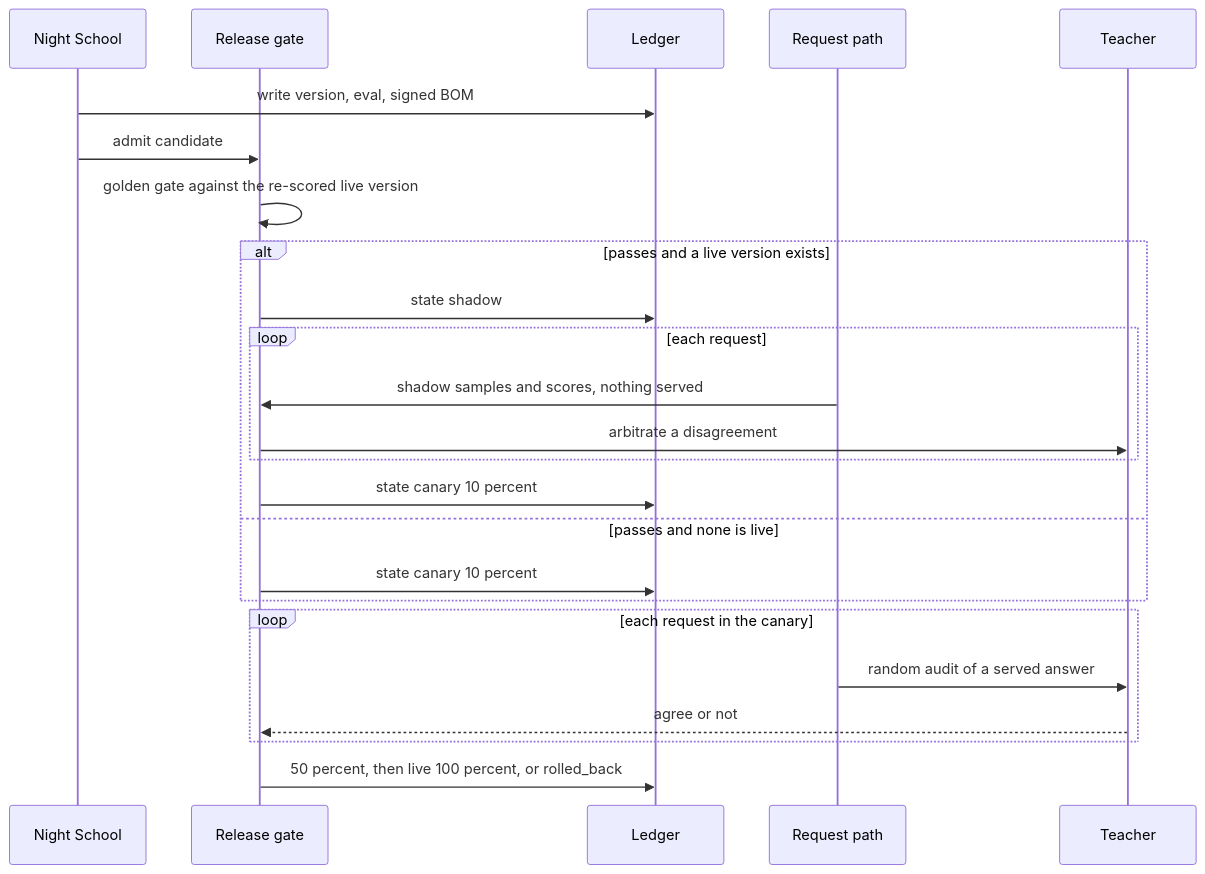
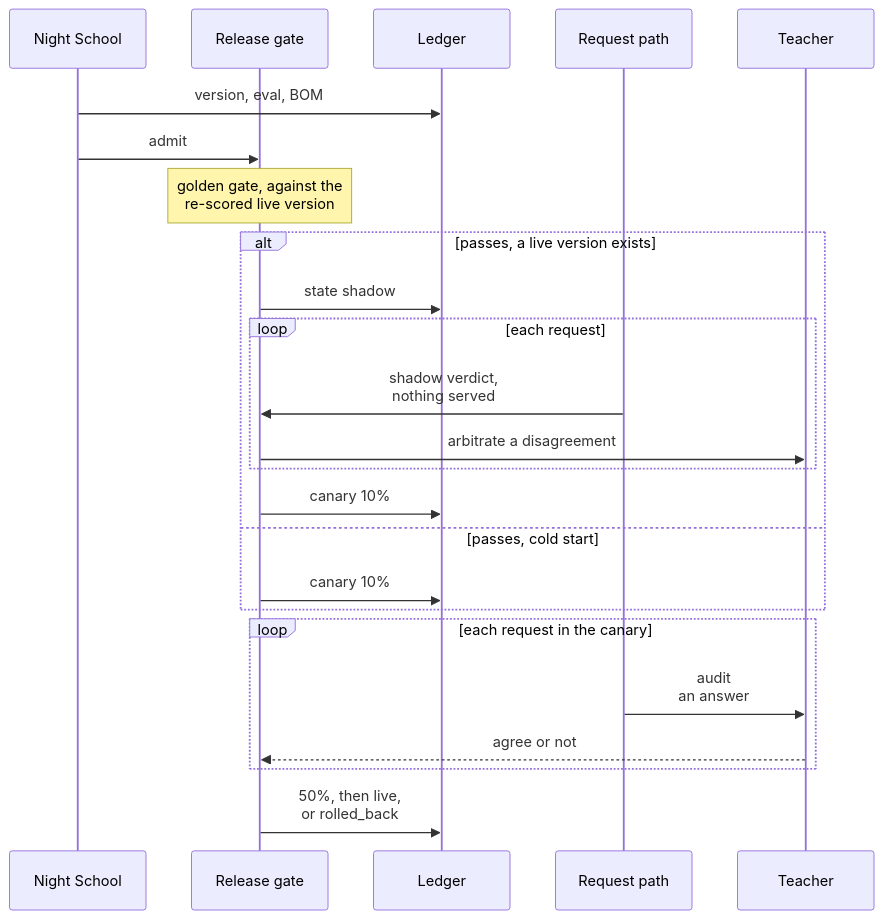
One commit to harshbhx/ratchet changed the first of 5 diagrams in docs-site/src/content/docs/guides/release-gate.mdx. Above: the diagram before and after it, drawn with Mermaid. The commit also changed other lines of this file and 25 other files, not shown here.

````diff
--- a/docs-site/src/content/docs/guides/release-gate.mdx
+++ b/docs-site/src/content/docs/guides/release-gate.mdx
@@ -30,26 +38,26 @@
 ```mermaid
 sequenceDiagram
-    participant N as Night School
-    participant G as Release gate
-    participant L as Ledger
-    participant R as Request path
-    participant T as Teacher
-    N->>L: write version, eval, signed BOM
-    N->>G: admit candidate
-    G->>G: golden gate against the re-scored live version
-    alt passes and a live version exists
-        G->>L: state shadow
-        loop each request
-            R->>G: shadow samples and scores, nothing served
-            G->>T: arbitrate a disagreement
-        end
-        G->>L: state canary 10 percent
-    else passes and none is live
-        G->>L: state canary 10 percent
+  participant N as Night School
+  participant G as Release gate
+  participant Ledger as Ledger
+  participant R as Request path
+  participant Teacher as Teacher
+  N->>Ledger: version, eval, BOM
+  N->>G: admit
+  Note over G: golden gate, against the<br/>re-scored live version
+  alt passes, a live version exists
+    G->>Ledger: state shadow
+    loop each request
+      R->>G: shadow verdict,<br/>nothing served
+      G->>Teacher: arbitrate a disagreement
     end
-    loop each request in the canary
-        R->>T: random audit of a served answer
-        T-->>G: agree or not
-    end
-    G->>L: 50 percent, then live 100 percent, or rolled_back
+    G->>Ledger: canary 10%
+  else passes, cold start
+    G->>Ledger: canary 10%
+  end
+  loop each request in the canary
+    R->>Teacher: audit<br/>an answer
+    Teacher-->>G: agree or not
+  end
+  G->>Ledger: 50%, then live,<br/>or rolled_back
 ```
````
